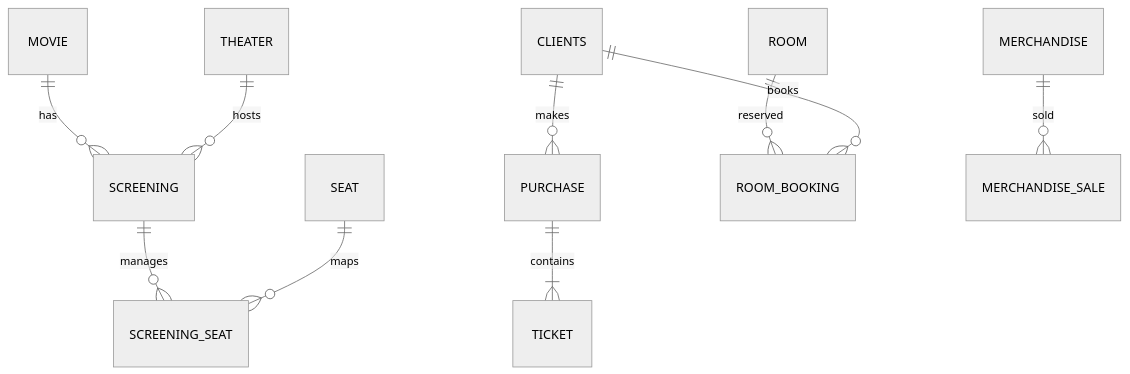
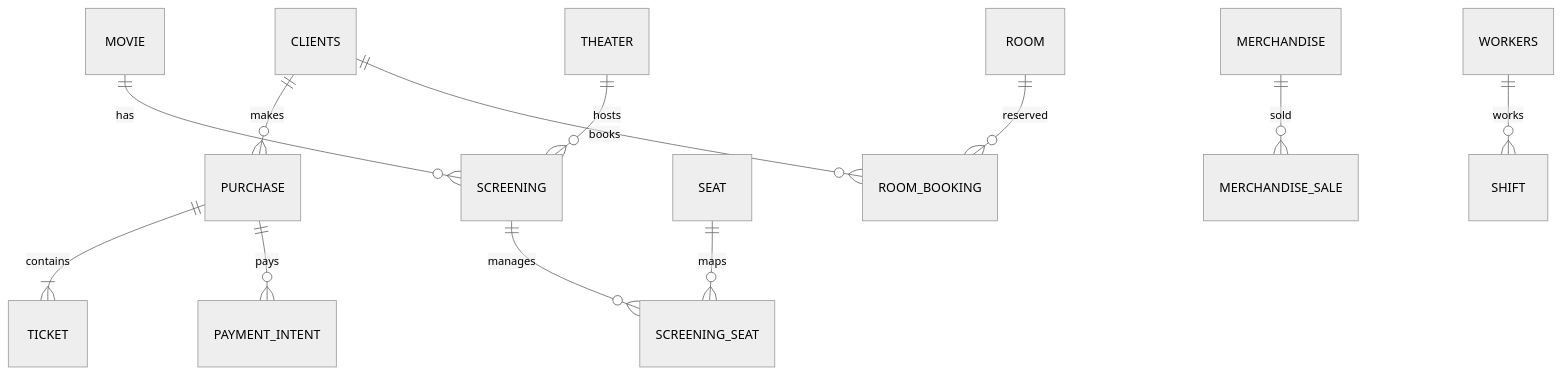
Before and after one commit to Projecto-Cine/BackendCine: the second of 4 diagrams in README.md, drawn with Mermaid (neutral theme). The commit also changed other lines of this file, not shown here.

````diff
--- a/README.md
+++ b/README.md
@@ -161,13 +193,15 @@
 ```mermaid
 erDiagram
 
 CLIENTS ||--o{ PURCHASE : makes
 PURCHASE ||--|{ TICKET : contains
 MOVIE ||--o{ SCREENING : has
 THEATER ||--o{ SCREENING : hosts
 SCREENING ||--o{ SCREENING_SEAT : manages
 SEAT ||--o{ SCREENING_SEAT : maps
+PURCHASE ||--o{ PAYMENT_INTENT : pays
 ROOM ||--o{ ROOM_BOOKING : reserved
 CLIENTS ||--o{ ROOM_BOOKING : books
 MERCHANDISE ||--o{ MERCHANDISE_SALE : sold
+WORKERS ||--o{ SHIFT : works
 ```
````
